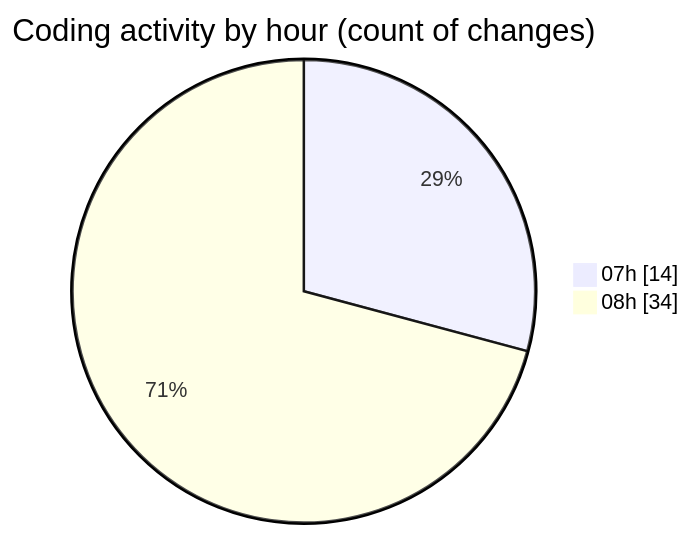
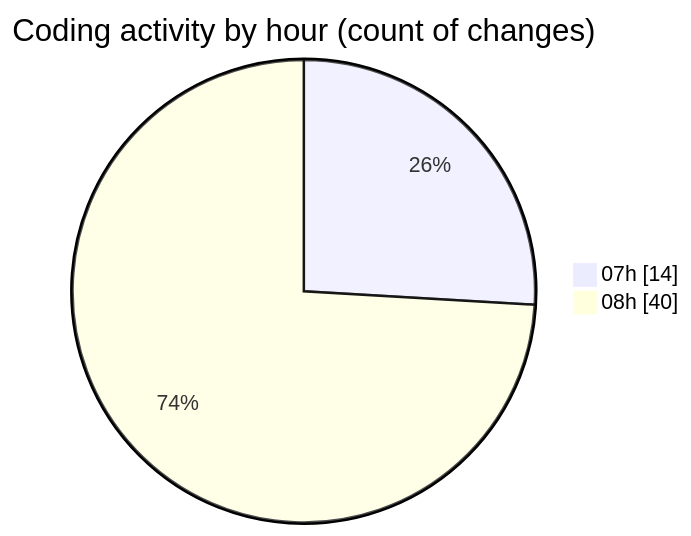
Before and after one commit to robertbonfada/code-tracking: the second of 2 diagrams in 2025-02-05/mbc-web/README.md, drawn with Mermaid. The commit also changed other lines of this file and 1 other file, not shown here.

````diff
--- a/2025-02-05/mbc-web/README.md
+++ b/2025-02-05/mbc-web/README.md
@@ -33,6 +34,6 @@
 ```mermaid
 pie showData
 title Coding activity by hour (count of changes)
 "07h" : 14
-"08h" : 34
+"08h" : 40
 ```
````
